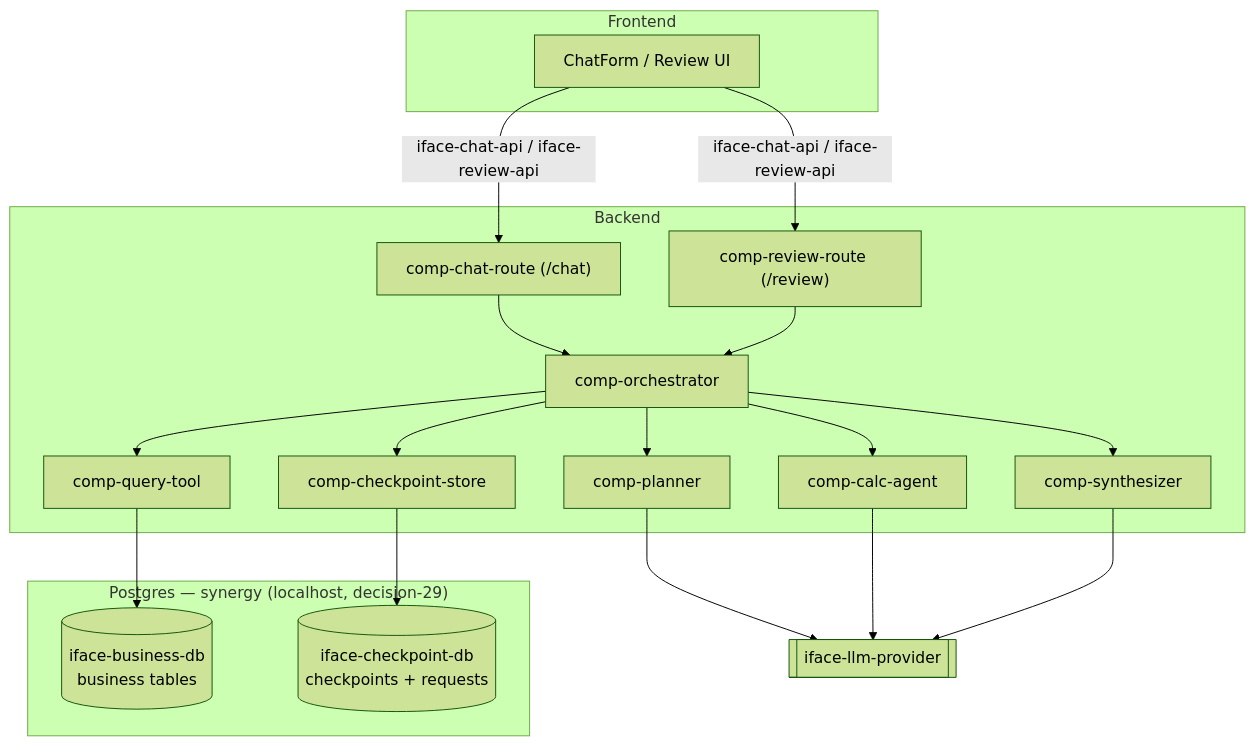
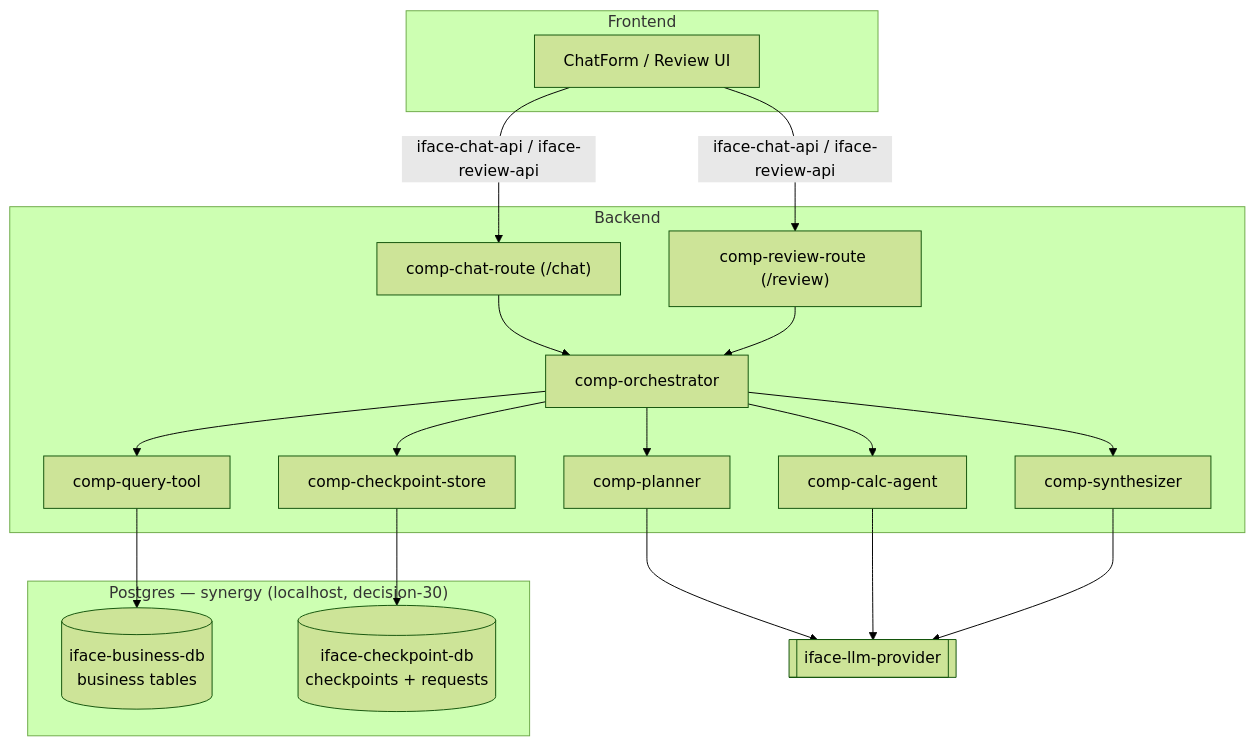
One commit to amulyaamaggididivami/langgraph-poc changed the first of 4 diagrams in docs/implementation/ORCHESTRATION/trd.md. Above: the diagram before and after it, drawn with Mermaid (forest theme). The commit also changed other lines of this file and 1 other file, not shown here.

````diff
--- a/docs/implementation/ORCHESTRATION/trd.md
+++ b/docs/implementation/ORCHESTRATION/trd.md
@@ -157,36 +180,36 @@
 ```mermaid
 flowchart TB
     subgraph Frontend
         FE[ChatForm / Review UI]
     end
     subgraph Backend
         CR["comp-chat-route (/chat)"]
         RR["comp-review-route (/review)"]
         O[comp-orchestrator]
         P[comp-planner]
         QT[comp-query-tool]
         CA[comp-calc-agent]
         SY[comp-synthesizer]
         CS[comp-checkpoint-store]
     end
     LLM[[iface-llm-provider]]
-    subgraph PGI["Postgres — synergy (localhost, decision-29)"]
+    subgraph PGI["Postgres — synergy (localhost, decision-30)"]
         DB[(iface-business-db\nbusiness tables)]
         PG[(iface-checkpoint-db\ncheckpoints + requests)]
     end
 
     FE -- iface-chat-api / iface-review-api --> CR
     FE -- iface-chat-api / iface-review-api --> RR
     CR --> O
     RR --> O
     O --> P
     O --> QT
     O --> CA
     O --> SY
     O --> CS
     P --> LLM
     CA --> LLM
     SY --> LLM
     QT --> DB
     CS --> PG
 ```
````
